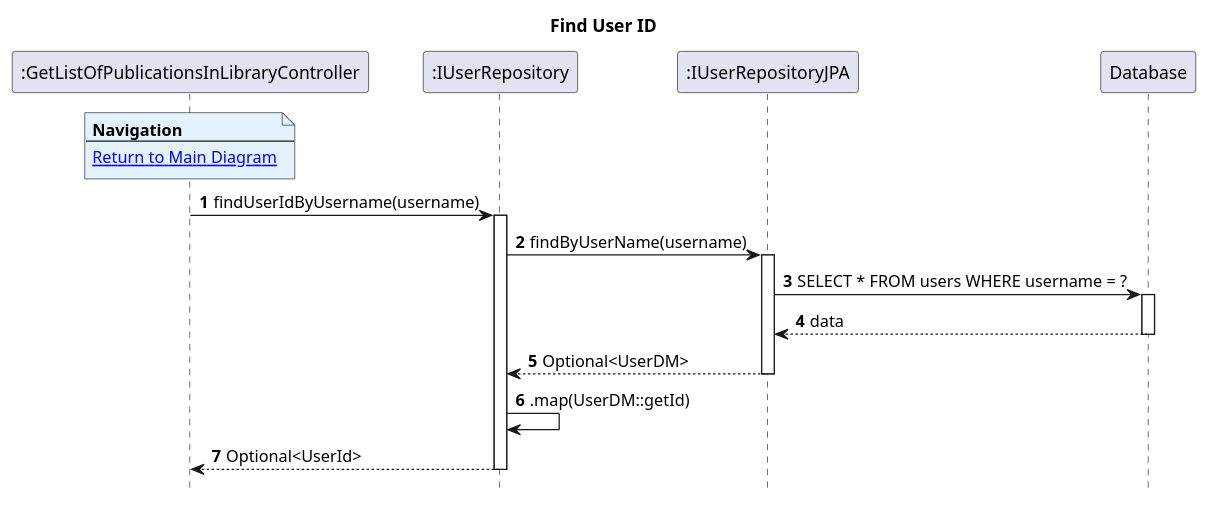
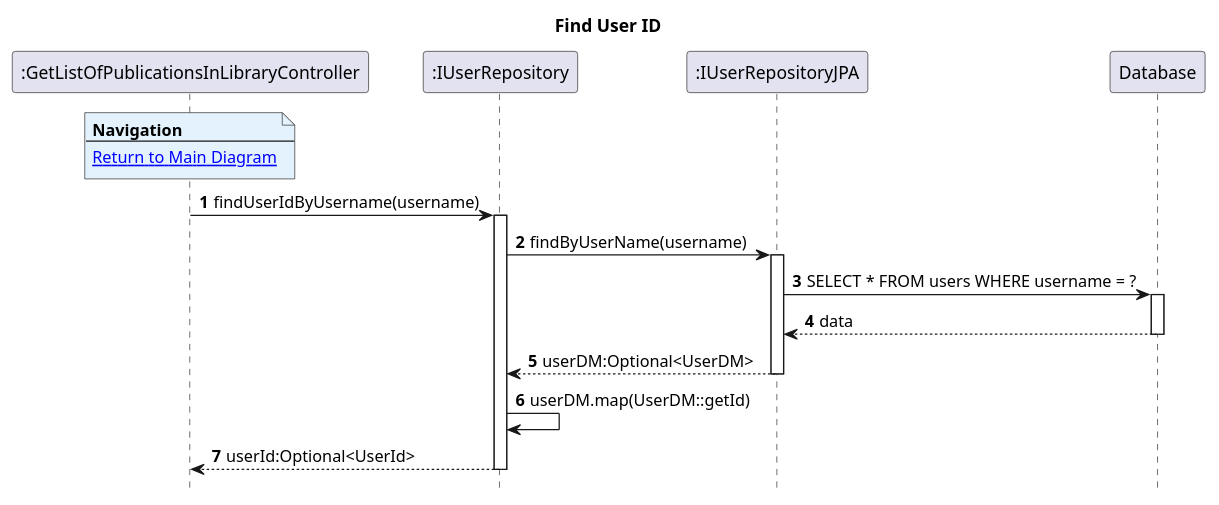
One commit to AndrePereiraGitH/SWitCH-Project-Team_A changed the diagram in Diagrams/SequenceDiagrams/N2/To-Get-List-Of-Publications-In-My-Library/2.FindUserId.puml. Above: the diagram before and after it, drawn with PlantUML. The commit also changed 4 other files, not shown here.

```diff
--- a/Diagrams/SequenceDiagrams/N2/To-Get-List-Of-Publications-In-My-Library/2.FindUserId.puml
+++ b/Diagrams/SequenceDiagrams/N2/To-Get-List-Of-Publications-In-My-Library/2.FindUserId.puml
@@ -1,36 +1,36 @@
 @startuml
 hide footbox
 autonumber
 title Find User ID
 
 participant ":GetListOfPublicationsInLibraryController" as Ctrl
 participant ":IUserRepository" as userRepo
 participant ":IUserRepositoryJPA" as userJpa
 participant "Database" as db
 
 note over Ctrl #E3F2FD
 <b>Navigation</b>
 ---
 [[1.MainDiagram.puml Return to Main Diagram]]
 end note
 
 Ctrl -> userRepo: findUserIdByUsername(username)
 activate userRepo
 
 userRepo -> userJpa: findByUserName(username)
 activate userJpa
 
 userJpa -> db: SELECT * FROM users WHERE username = ?
 activate db
 db --> userJpa: data
 deactivate db
 
-userJpa --> userRepo: Optional<UserDM>
+userJpa --> userRepo: userDM:Optional<UserDM>
 deactivate userJpa
 
-userRepo -> userRepo: .map(UserDM::getId)
+userRepo -> userRepo: userDM.map(UserDM::getId)
 
-userRepo --> Ctrl: Optional<UserId>
+userRepo --> Ctrl: userId:Optional<UserId>
 deactivate userRepo
 
 @enduml
```
